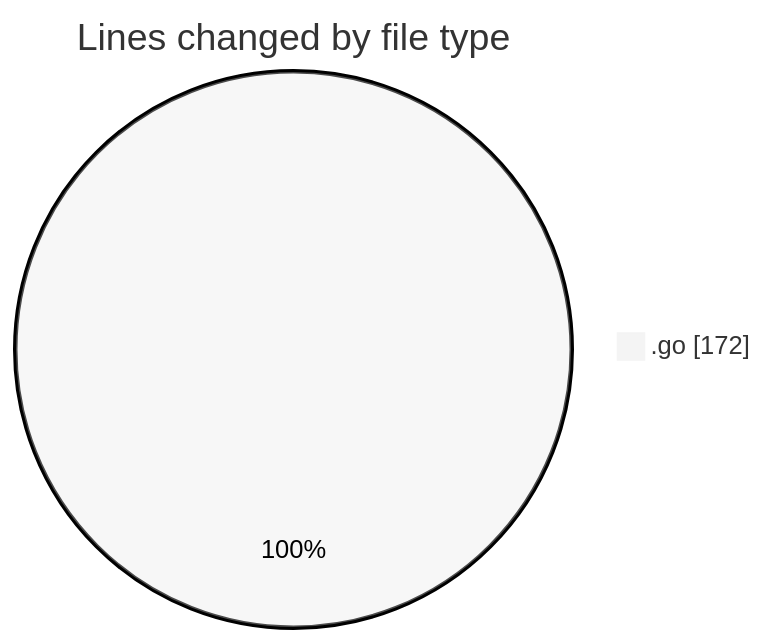
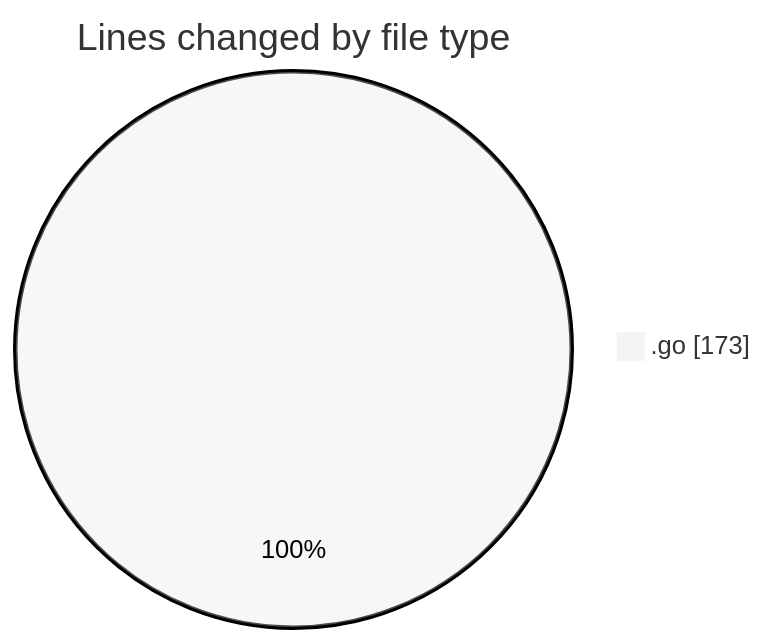
Before and after one commit to robertbonfada/code-tracking: the first of 2 diagrams in 2025-03-06/termonied_testador/README.md, drawn with Mermaid (neutral theme). The commit also changed other lines of this file and 1 other file, not shown here.

````diff
--- a/2025-03-06/termonied_testador/README.md
+++ b/2025-03-06/termonied_testador/README.md
@@ -20,5 +20,5 @@
 ```mermaid
 pie showData
 title Lines changed by file type
-".go" : 172
+".go" : 173
 ```
````
